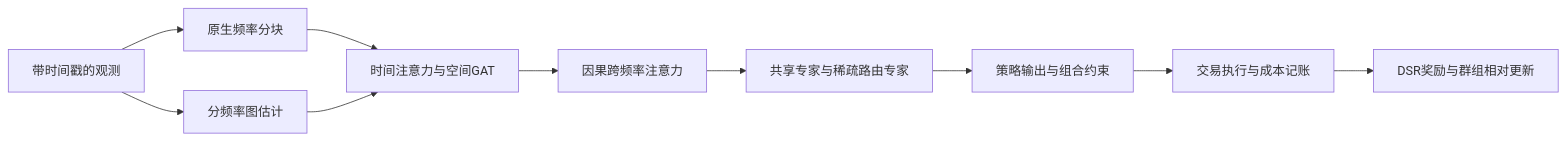
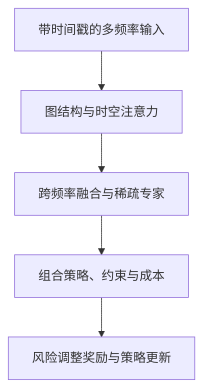
Before and after one commit to Soros2040/Alex-Fin: the diagram in README.zh-CN.md, drawn with Mermaid. The commit also changed 1 other file, not shown here.

Commit message:
Make homepage architecture overviews easier to read

````diff
--- a/README.zh-CN.md
+++ b/README.zh-CN.md
@@ -33,12 +33,7 @@
 ```mermaid
-flowchart LR
-    A[带时间戳的观测] --> B[原生频率分块]
-    A --> C[分频率图估计]
-    B --> D[时间注意力与空间GAT]
-    C --> D
-    D --> E[因果跨频率注意力]
-    E --> F[共享专家与稀疏路由专家]
-    F --> G[策略输出与组合约束]
-    G --> H[交易执行与成本记账]
-    H --> I[DSR奖励与群组相对更新]
+flowchart TB
+    A[带时间戳的多频率输入] --> B[图结构与时空注意力]
+    B --> C[跨频率融合与稀疏专家]
+    C --> D[组合策略、约束与成本]
+    D --> E[风险调整奖励与策略更新]
 ```
````
